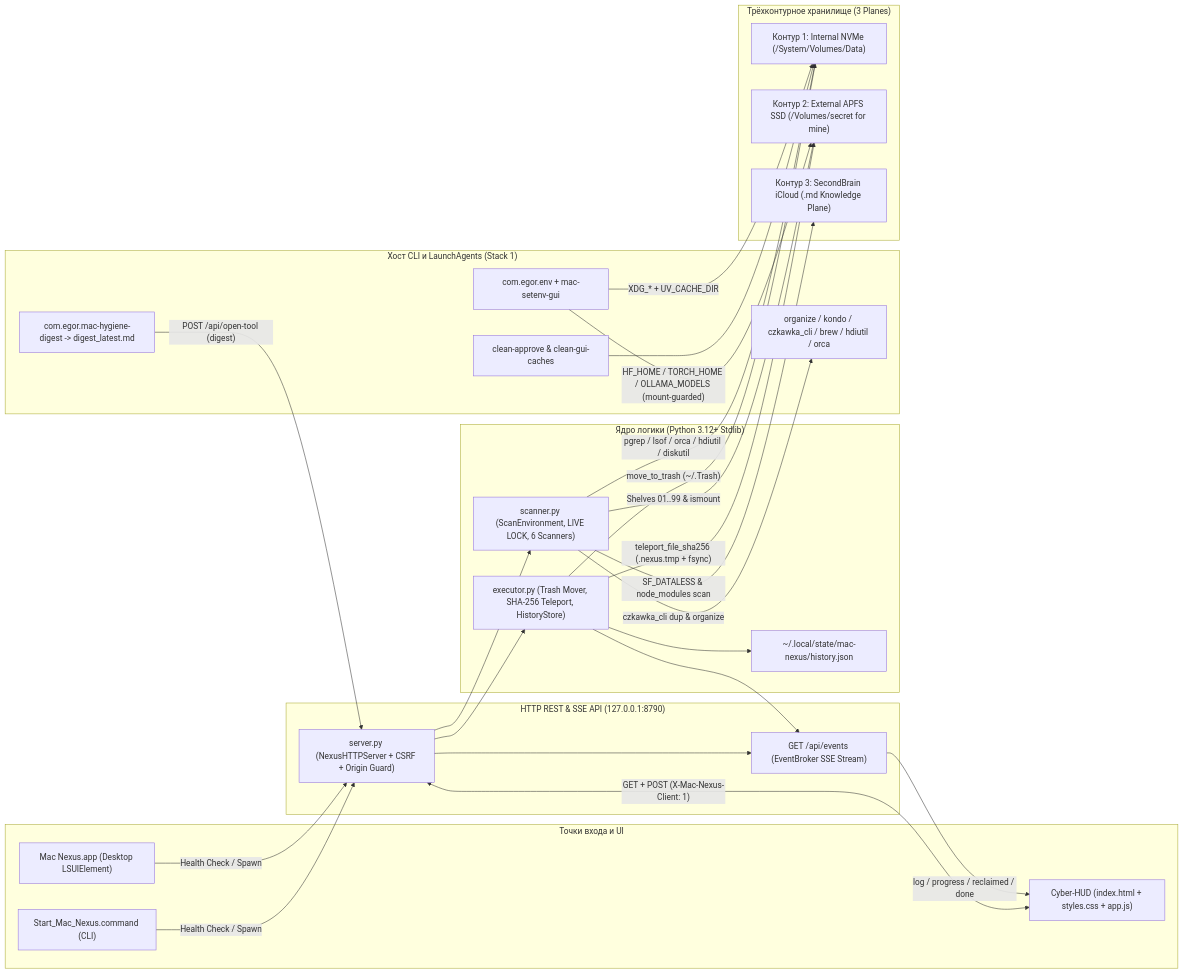
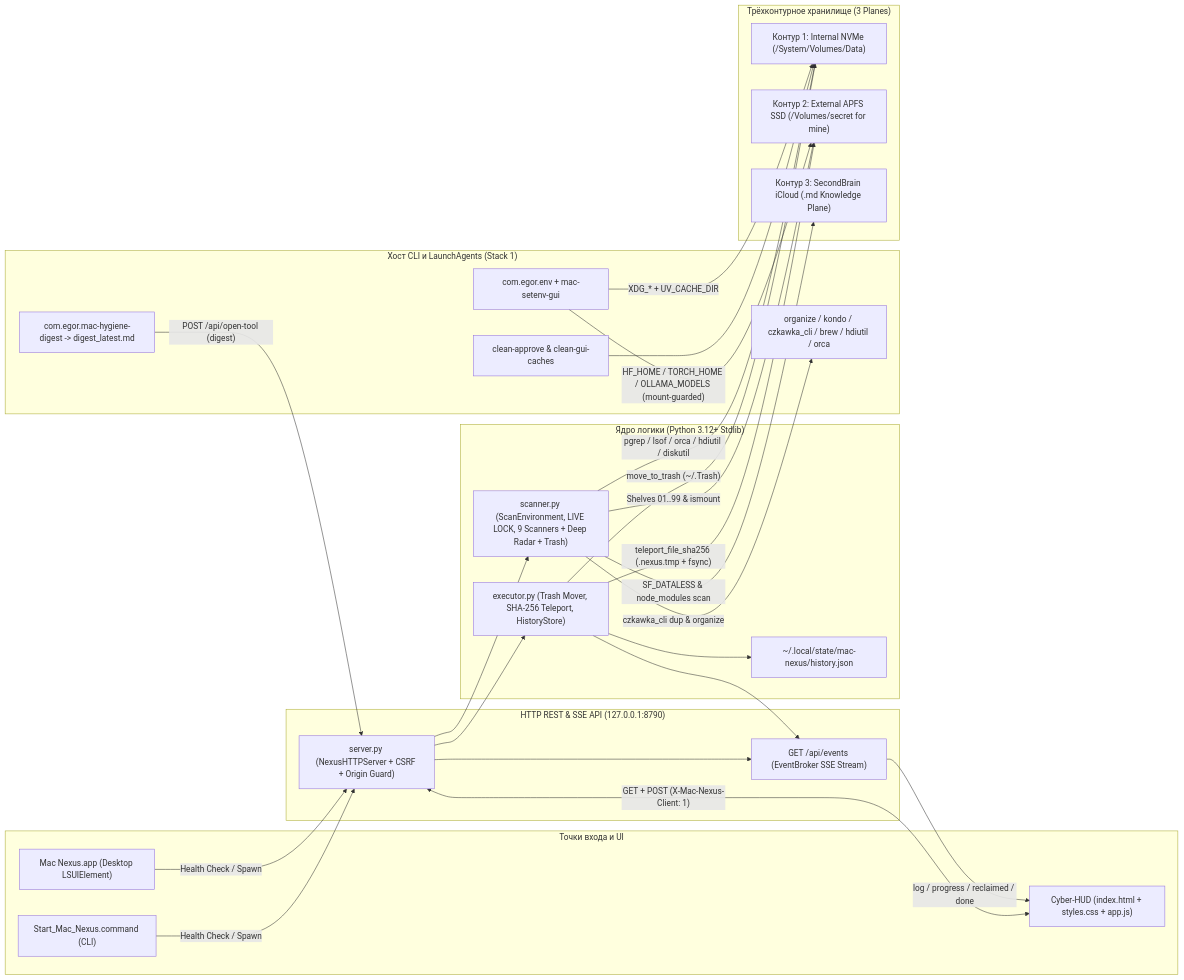
One commit to 1esan/mac-nexus changed the first of 2 diagrams in docs/00_master_index_and_system_map.md. Above: the diagram before and after it, drawn with Mermaid. The commit also changed other lines of this file and 12 other files, not shown here.

Commit message:
docs: align all v2.0.0 API schemas, test names, and source line anchors

````diff
--- a/docs/00_master_index_and_system_map.md
+++ b/docs/00_master_index_and_system_map.md
@@ -21,52 +21,52 @@
 ```mermaid
 flowchart LR
     subgraph Launchers["Точки входа и UI"]
         APP["Mac Nexus.app (Desktop LSUIElement)"]
         CMD["Start_Mac_Nexus.command (CLI)"]
         UI["Cyber-HUD (index.html + styles.css + app.js)"]
     end
 
     subgraph API["HTTP REST & SSE API (127.0.0.1:8790)"]
         SRV["server.py (NexusHTTPServer + CSRF + Origin Guard)"]
         SSE["GET /api/events (EventBroker SSE Stream)"]
     end
 
     subgraph Core["Ядро логики (Python 3.12+ Stdlib)"]
-        SCN["scanner.py (ScanEnvironment, LIVE LOCK, 6 Scanners)"]
+        SCN["scanner.py (ScanEnvironment, LIVE LOCK, 9 Scanners + Deep Radar + Trash)"]
         EXC["executor.py (Trash Mover, SHA-256 Teleport, HistoryStore)"]
         STATE["~/.local/state/mac-nexus/history.json"]
     end
 
     subgraph Host["Хост CLI и LaunchAgents (Stack 1)"]
         ENV["com.egor.env + mac-setenv-gui"]
         DIG["com.egor.mac-hygiene-digest -> digest_latest.md"]
         CLI["organize / kondo / czkawka_cli / brew / hdiutil / orca"]
         CLN["clean-approve & clean-gui-caches"]
     end
 
     subgraph Planes["Трёхконтурное хранилище (3 Planes)"]
         P1["Контур 1: Internal NVMe (/System/Volumes/Data)"]
         P2["Контур 2: External APFS SSD (/Volumes/secret for mine)"]
         P3["Контур 3: SecondBrain iCloud (.md Knowledge Plane)"]
     end
 
     APP -->|"Health Check / Spawn"| SRV
     CMD -->|"Health Check / Spawn"| SRV
     UI <-->|"GET + POST (X-Mac-Nexus-Client: 1)"| SRV
     SSE -->|"log / progress / reclaimed / done"| UI
     SRV --> SCN
     SRV --> EXC
     SRV --> SSE
     EXC --> SSE
     EXC --> STATE
     SCN -->|"pgrep / lsof / orca / hdiutil / diskutil"| P1
     SCN -->|"Shelves 01..99 & ismount"| P2
     SCN -->|"SF_DATALESS & node_modules scan"| P3
     EXC -->|"move_to_trash (~/.Trash)"| P1
     EXC -->|"teleport_file_sha256 (.nexus.tmp + fsync)"| P2
     SCN -->|"czkawka_cli dup & organize"| CLI
     DIG -->|"POST /api/open-tool (digest)"| SRV
     ENV -->|"XDG_* + UV_CACHE_DIR"| P1
     ENV -->|"HF_HOME / TORCH_HOME / OLLAMA_MODELS (mount-guarded)"| P2
     CLN --> P1
 ```
````
